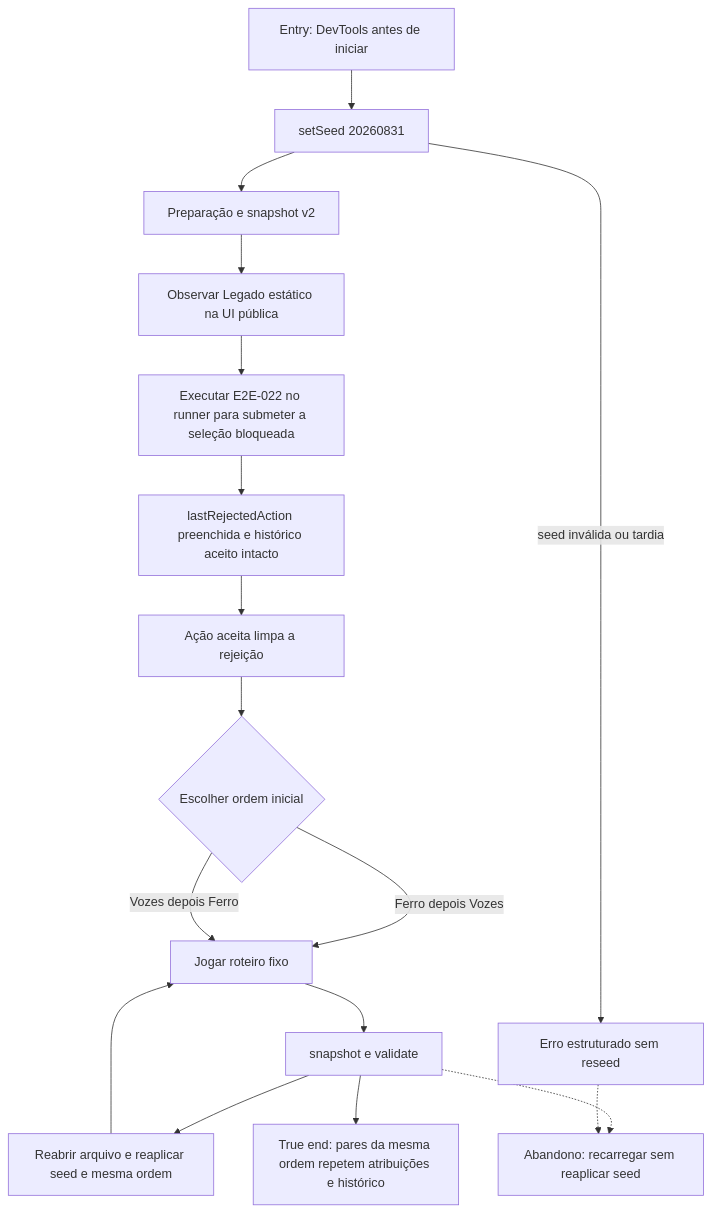
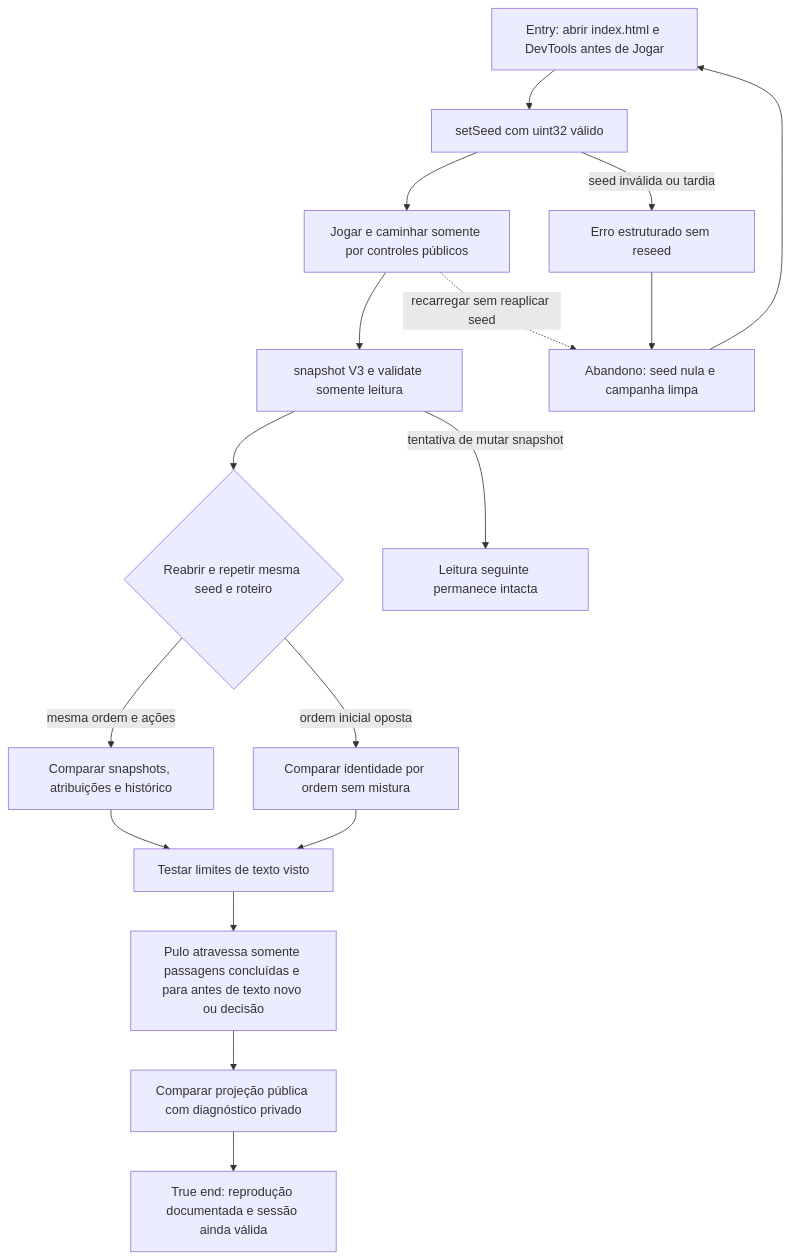
Before and after one commit to edneyreis999/gamejam-vn-terror: the diagram in docs/qa/journeys/J-reproduce-campaign.md, drawn with Mermaid. The commit also changed other lines of this file and 231 other files, not shown here.

````diff
--- a/docs/qa/journeys/J-reproduce-campaign.md
+++ b/docs/qa/journeys/J-reproduce-campaign.md
@@ -3,19 +3,19 @@
 ```mermaid
 flowchart TD
-  A[Entry: DevTools antes de iniciar] --> B[setSeed 20260831]
-  B --> C[Preparação e snapshot v2]
-  C --> D[Observar Legado estático na UI pública]
-  D --> D2[Executar E2E-022 no runner para submeter a seleção bloqueada]
-  D2 --> E[lastRejectedAction preenchida e histórico aceito intacto]
-  E --> F[Ação aceita limpa a rejeição]
-  F --> G{Escolher ordem inicial}
-  G -->|Ferro depois Vozes| H[Jogar roteiro fixo]
-  G -->|Vozes depois Ferro| H
-  H --> I[snapshot e validate]
-  I --> J[Reabrir arquivo e reaplicar seed e mesma ordem]
-  I -.-> X[Abandono: recarregar sem reaplicar seed]
-  J --> H
-  B -->|seed inválida ou tardia| K[Erro estruturado sem reseed]
-  K -.-> X[Abandono: recarregar sem reaplicar seed]
-  I --> L[True end: pares da mesma ordem repetem atribuições e histórico]
+  A[Entry: abrir index.html e DevTools antes de Jogar] --> B[setSeed com uint32 válido]
+  B --> C[Jogar e caminhar somente por controles públicos]
+  C --> D[snapshot V3 e validate somente leitura]
+  D --> E{Reabrir e repetir mesma seed e roteiro}
+  E -->|mesma ordem e ações| F[Comparar snapshots, atribuições e histórico]
+  E -->|ordem inicial oposta| G[Comparar identidade por ordem sem mistura]
+  F --> H[Testar limites de texto visto]
+  G --> H
+  H --> I[Pulo atravessa somente passagens concluídas e para antes de texto novo ou decisão]
+  I --> J[Comparar projeção pública com diagnóstico privado]
+  J --> K[True end: reprodução documentada e sessão ainda válida]
+  B -->|seed inválida ou tardia| L[Erro estruturado sem reseed]
+  D -->|tentativa de mutar snapshot| M[Leitura seguinte permanece intacta]
+  C -.->|recarregar sem reaplicar seed| X[Abandono: seed nula e campanha limpa]
+  L --> X
+  X --> A
 ```
````
